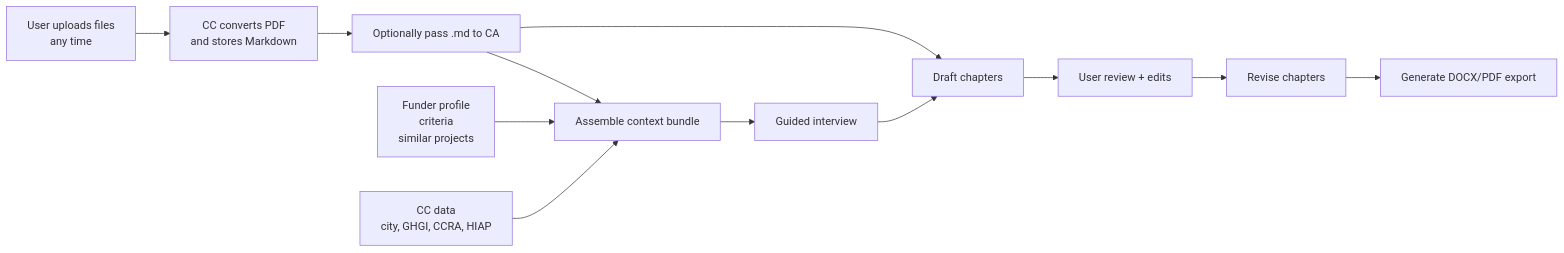
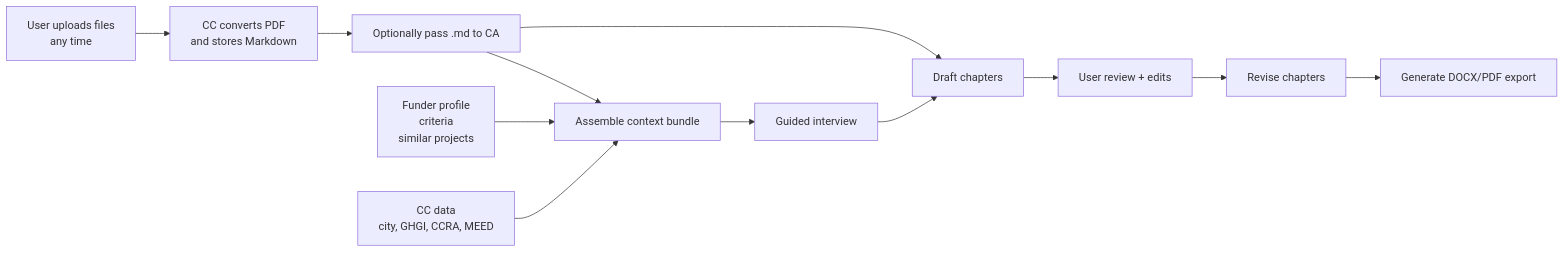
One commit to Open-Earth-Foundation/CityCatalyst changed the second of 14 diagrams in docs/ConceptNoteBuilderArchitecture.md. Above: the diagram before and after it, drawn with Mermaid. The commit also changed other lines of this file and 14 other files, not shown here.

Commit message:
CC-556 add CNB city context bundle

````diff
--- a/docs/ConceptNoteBuilderArchitecture.md
+++ b/docs/ConceptNoteBuilderArchitecture.md
@@ -158,18 +159,18 @@
 ```mermaid
 flowchart LR
     Context["Assemble context bundle"]
     Context --> Interview["Guided interview"]
     Interview --> Draft["Draft chapters"]
     Draft --> Review["User review + edits"]
     Review --> Revise["Revise chapters"]
     Revise --> Export["Generate DOCX/PDF export"]
 
     Upload["User uploads files<br/>any time"] --> Convert["CC converts PDF<br/>and stores Markdown"]
     Convert --> Ingest["Optionally pass .md to CA"]
     Ingest --> Context
     Ingest --> Draft
 
     Research["Funder profile<br/>criteria<br/>similar projects"] --> Context
 
-    CCData["CC data<br/>city, GHGI, CCRA, HIAP"] --> Context
+    CCData["CC data<br/>city, GHGI, CCRA, MEED"] --> Context
 ```
````
